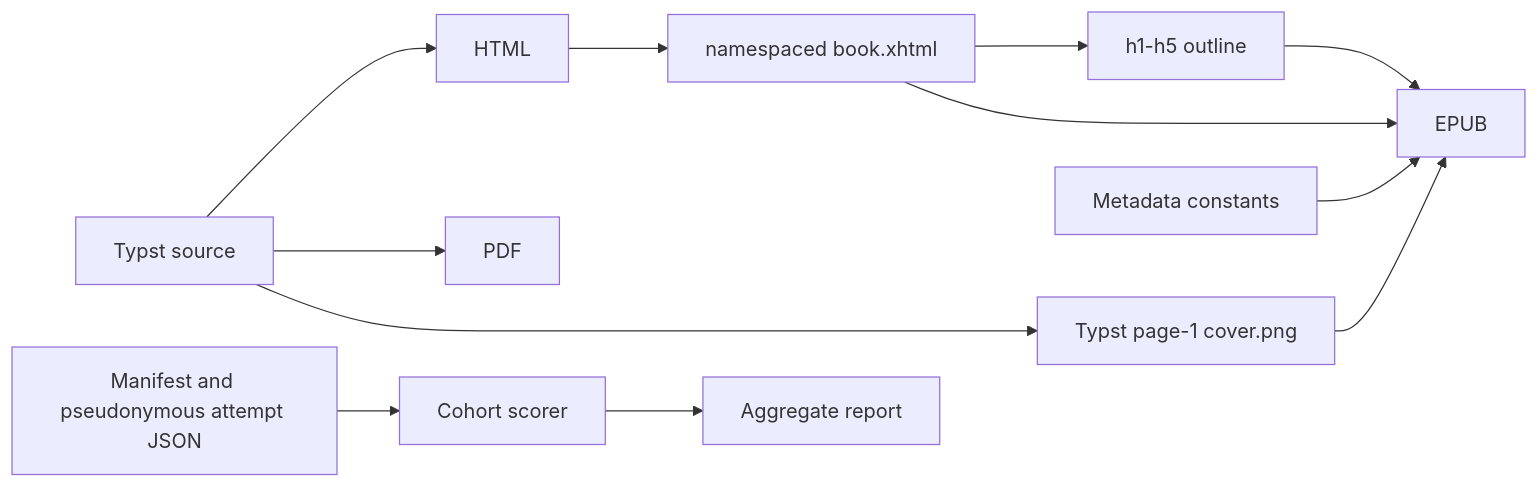
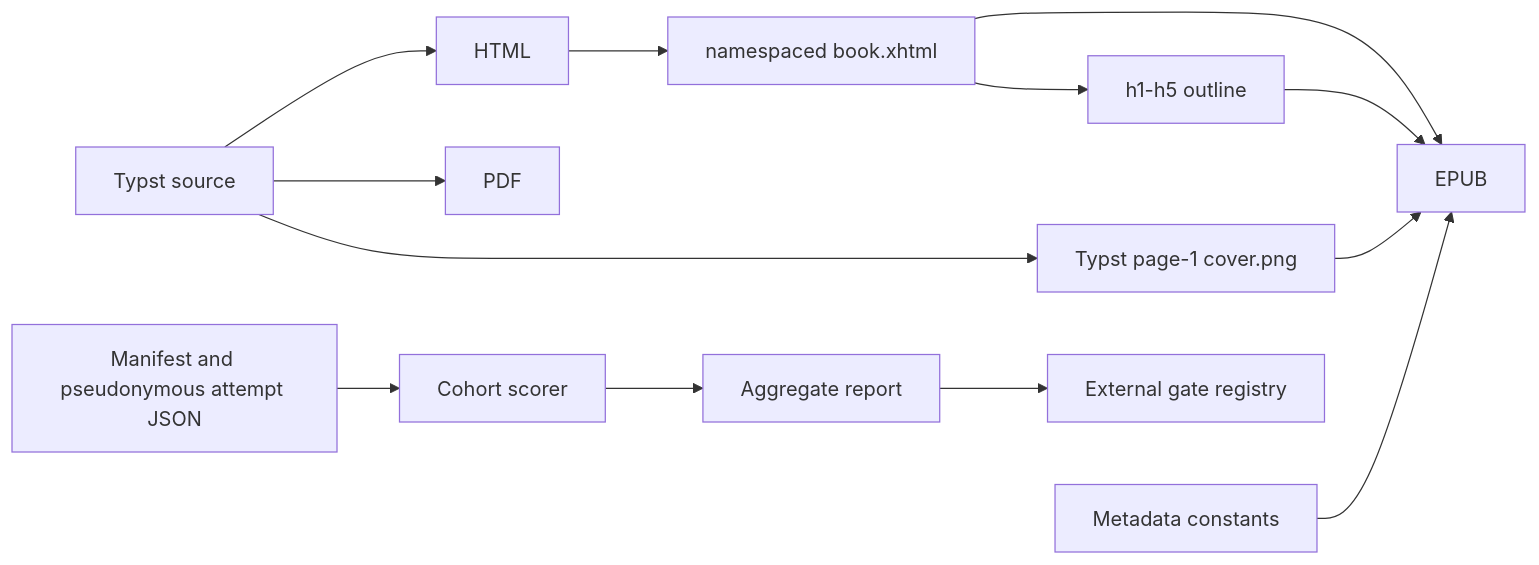
Before and after one commit to streamentry/streamentry: the fifth of 5 diagrams in scripts/AGENTS.md, drawn with Mermaid. The commit also changed other lines of this file and 32 other files, not shown here.

````diff
--- a/scripts/AGENTS.md
+++ b/scripts/AGENTS.md
@@ -102,14 +108,15 @@
 ```mermaid
 flowchart LR
   T["Typst source"] --> H["HTML"]
   T --> P["PDF"]
   H --> X["namespaced book.xhtml"]
   X --> N["h1-h5 outline"]
   T --> I["Typst page-1 cover.png"]
   X --> Z["EPUB"]
   N --> Z
   I --> Z
   D["Metadata constants"] --> Z
   R["Manifest and pseudonymous attempt JSON"] --> C["Cohort scorer"]
   C --> A["Aggregate report"]
+  A --> G["External gate registry"]
 ```
````
